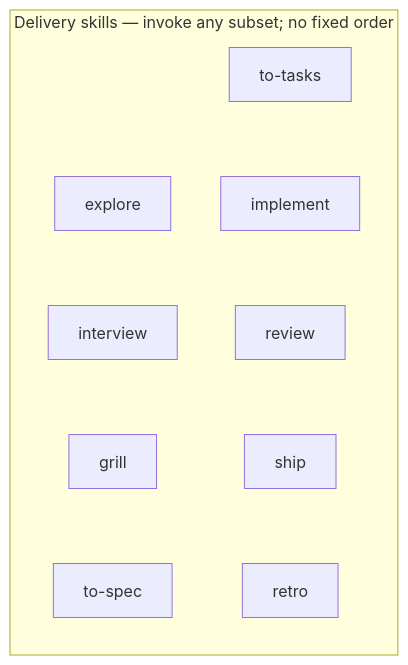
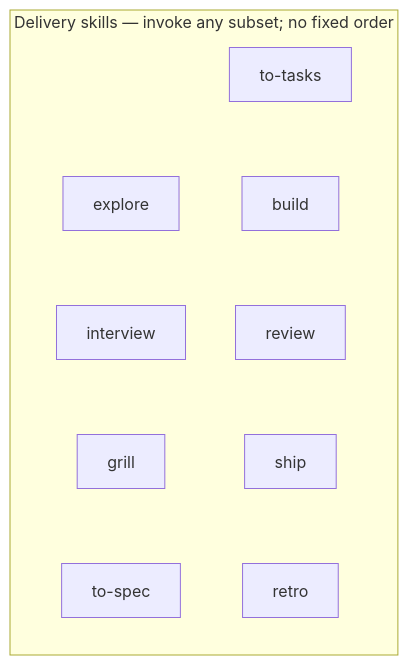
The diagram in docs/skills.md (gaboesquivel/flow-skills), drawn with Mermaid before and after one commit. The commit also changed other lines of this file and 50 other files, not shown here.

First line of the commit message:
feat: build opens the pull request, ship lands accepted work (spec 017) (#78)

````diff
--- a/docs/skills.md
+++ b/docs/skills.md
@@ -17,8 +17,8 @@
 ```mermaid
 flowchart LR
   subgraph delivery["Delivery skills — invoke any subset; no fixed order"]
     direction TB
     explore ~~~ interview ~~~ grill ~~~ toSpec[to-spec]
-    toTasks[to-tasks] ~~~ implement ~~~ review ~~~ ship ~~~ retro
+    toTasks[to-tasks] ~~~ build ~~~ review ~~~ ship ~~~ retro
   end
 ```
````
